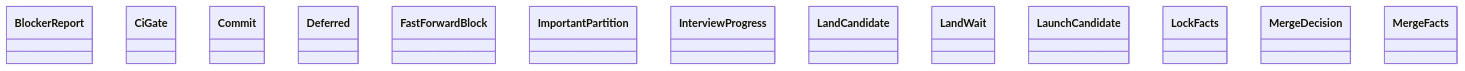
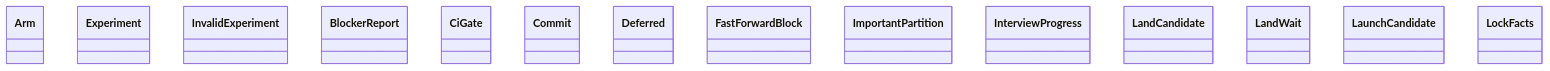
Before and after one commit to GonzaloZevallos/agentic-system: the diagram in docs/architecture/generated/classes-process-domain-state-1.md, drawn with Mermaid. The commit also changed 15 other files, not shown here.

First line of the commit message:
Add the single ARM_SWITCHES source, the pure experiment declaration and assignment, and TaskState.assignment

````diff
--- a/docs/architecture/generated/classes-process-domain-state-1.md
+++ b/docs/architecture/generated/classes-process-domain-state-1.md
@@ -21,16 +21,17 @@
 ```mermaid
 classDiagram
+    class experiment__Arm["Arm"]
+    class experiment__Experiment["Experiment"]
+    class experiment__InvalidExperiment["InvalidExperiment"]
     class rules__BlockerReport["BlockerReport"]
     class rules__CiGate["CiGate"]
     class rules__Commit["Commit"]
     class rules__Deferred["Deferred"]
     class rules__FastForwardBlock["FastForwardBlock"]
     class rules__ImportantPartition["ImportantPartition"]
     class rules__InterviewProgress["InterviewProgress"]
     class rules__LandCandidate["LandCandidate"]
     class rules__LandWait["LandWait"]
     class rules__LaunchCandidate["LaunchCandidate"]
     class rules__LockFacts["LockFacts"]
-    class rules__MergeDecision["MergeDecision"]
-    class rules__MergeFacts["MergeFacts"]
 ```
````
